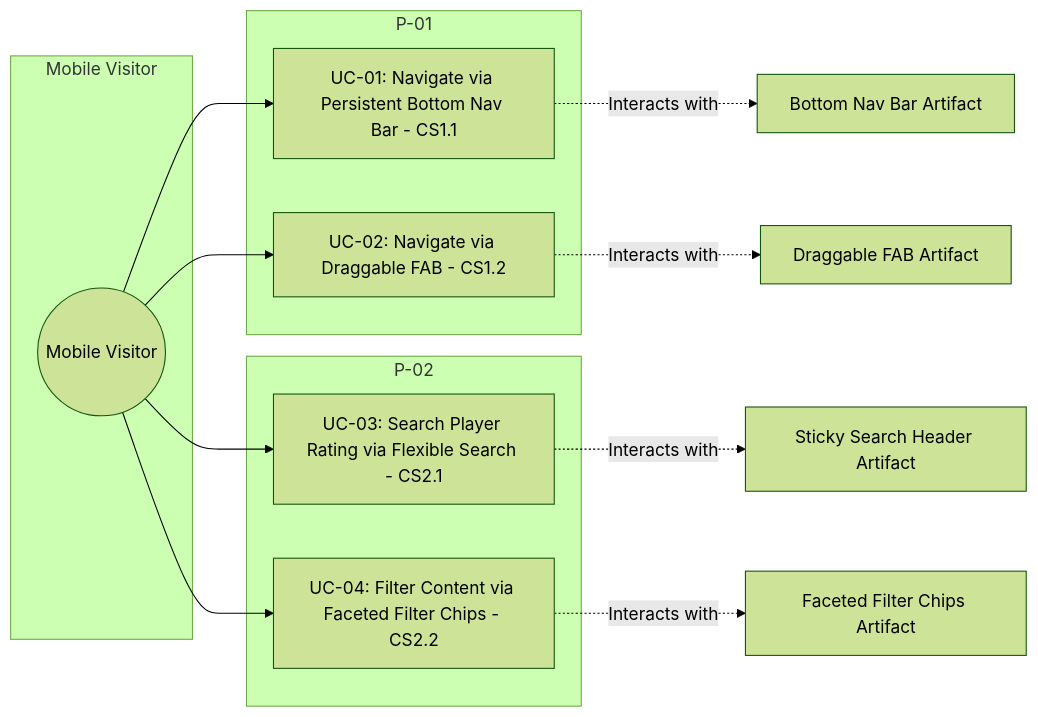
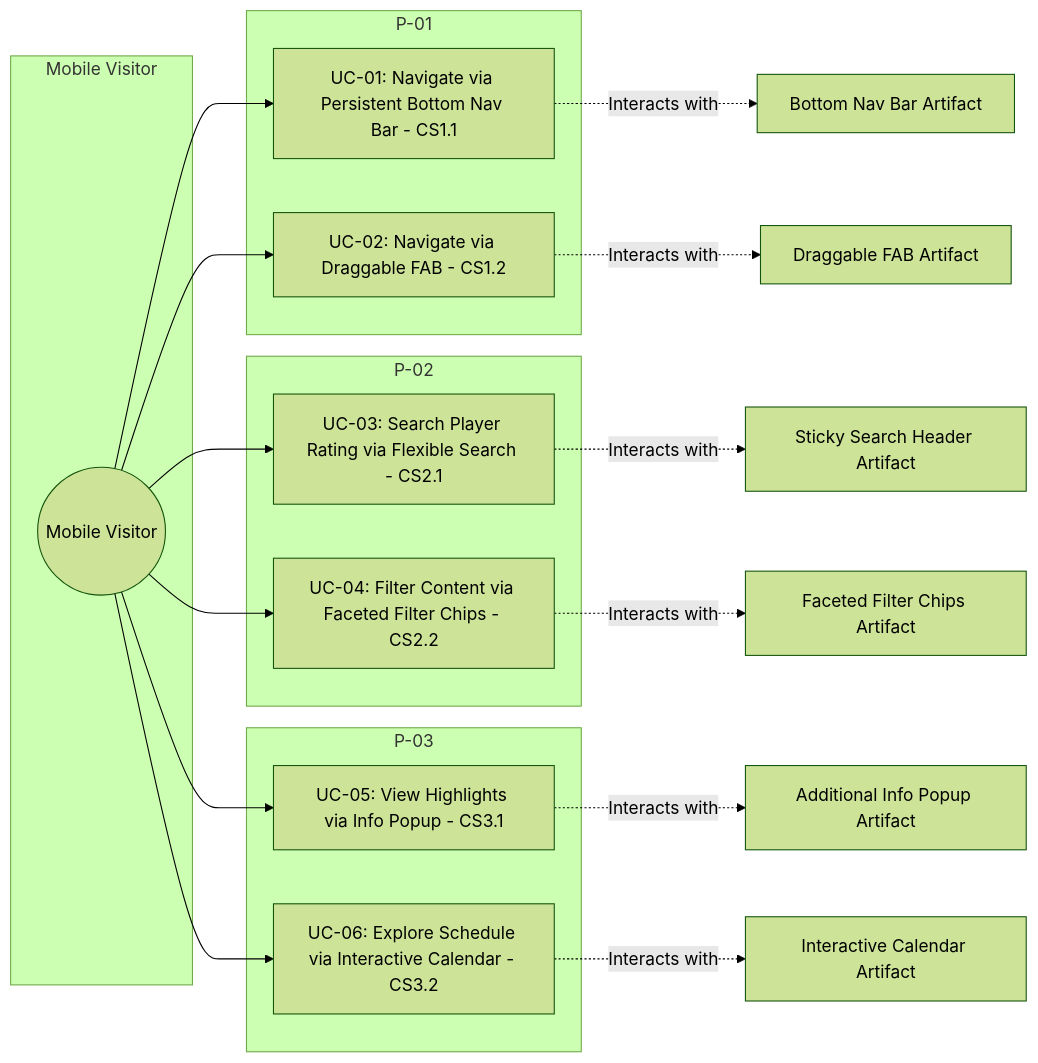
Before and after one commit to HB4305/TKGD_PA2: the first of 4 diagrams in 06-PA2-UseCaseDocument.md, drawn with Mermaid (forest theme). The commit also changed other lines of this file, not shown here.

Commit message:
feat: formalize use cases and artifacts for schedule exploration solutions CS3.1 and CS3.2

````diff
--- a/06-PA2-UseCaseDocument.md
+++ b/06-PA2-UseCaseDocument.md
@@ -54,26 +56,35 @@
 ```mermaid
 graph LR
     subgraph Mobile Visitor
         User((Mobile Visitor))
     end
 
     subgraph Solution 1: One-Handed Navigation [P-01]
         UC01[UC-01: Navigate via Persistent Bottom Nav Bar - CS1.1]
         UC02[UC-02: Navigate via Draggable FAB - CS1.2]
     end
 
     subgraph Solution 2: Information Search & Filtering [P-02]
         UC03[UC-03: Search Player Rating via Flexible Search - CS2.1]
         UC04[UC-04: Filter Content via Faceted Filter Chips - CS2.2]
     end
 
+    subgraph Solution 3: Schedule Details & Exploration [P-03]
+        UC05[UC-05: View Highlights via Info Popup - CS3.1]
+        UC06[UC-06: Explore Schedule via Interactive Calendar - CS3.2]
+    end
+
     User --> UC01
     User --> UC02
     User --> UC03
     User --> UC04
+    User --> UC05
+    User --> UC06
 
     UC01 -.->|Interacts with| ART_BNB[Bottom Nav Bar Artifact]
     UC02 -.->|Interacts with| ART_FAB[Draggable FAB Artifact]
     UC03 -.->|Interacts with| ART_SSH[Sticky Search Header Artifact]
     UC04 -.->|Interacts with| ART_FFC[Faceted Filter Chips Artifact]
+    UC05 -.->|Interacts with| ART_AIP[Additional Info Popup Artifact]
+    UC06 -.->|Interacts with| ART_ISC[Interactive Calendar Artifact]
 ```
````
